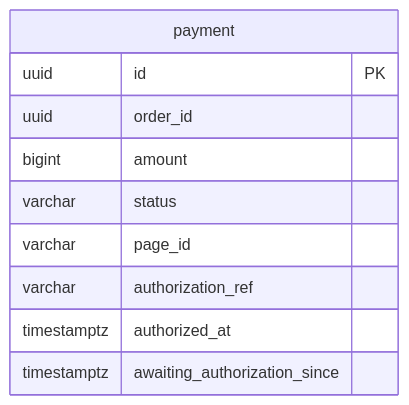
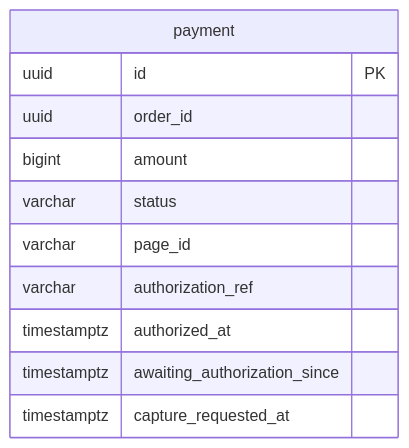
One commit to roger88106/ec-site changed the second of 2 diagrams in docs/03-機能仕様/payment.md. Above: the diagram before and after it, drawn with Mermaid. The commit also changed other lines of this file and 4 other files, not shown here.

````diff
--- a/docs/03-機能仕様/payment.md
+++ b/docs/03-機能仕様/payment.md
@@ -129,13 +153,14 @@
 ```mermaid
 erDiagram
     payment {
         uuid id PK
         uuid order_id
         bigint amount
         varchar status
         varchar page_id
         varchar authorization_ref
         timestamptz authorized_at
         timestamptz awaiting_authorization_since
+        timestamptz capture_requested_at
     }
 ```
````
